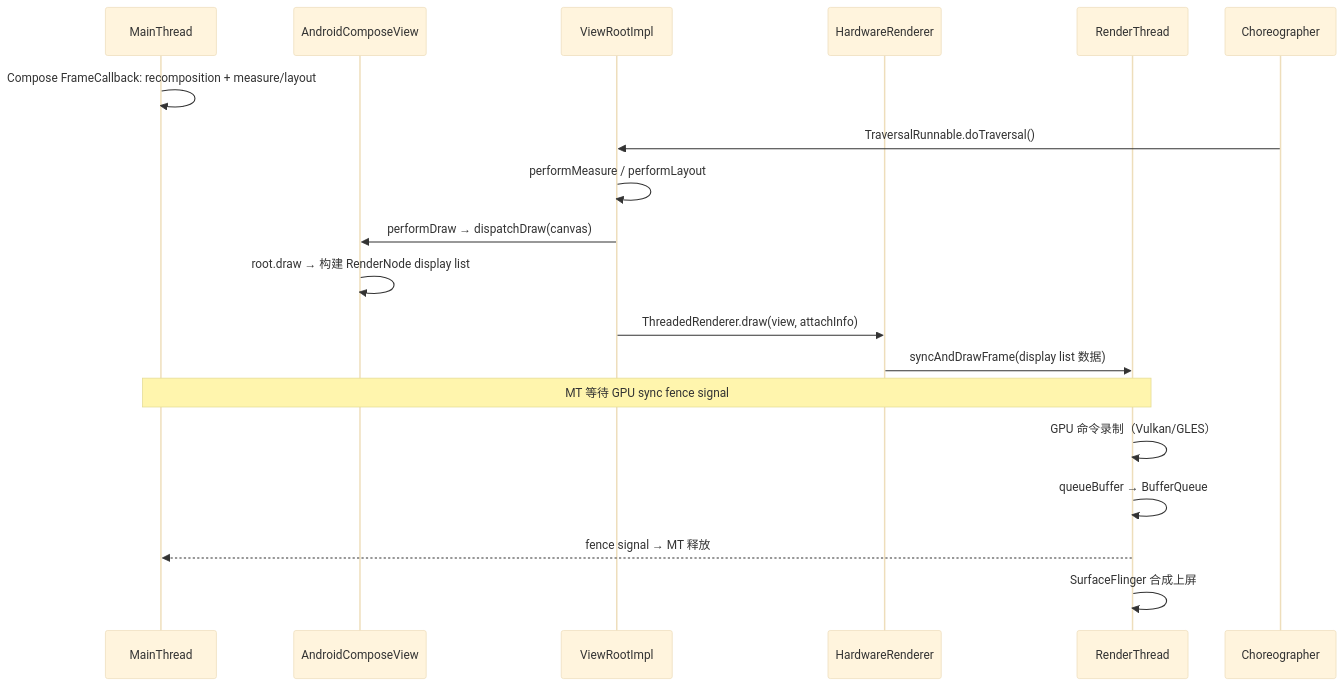
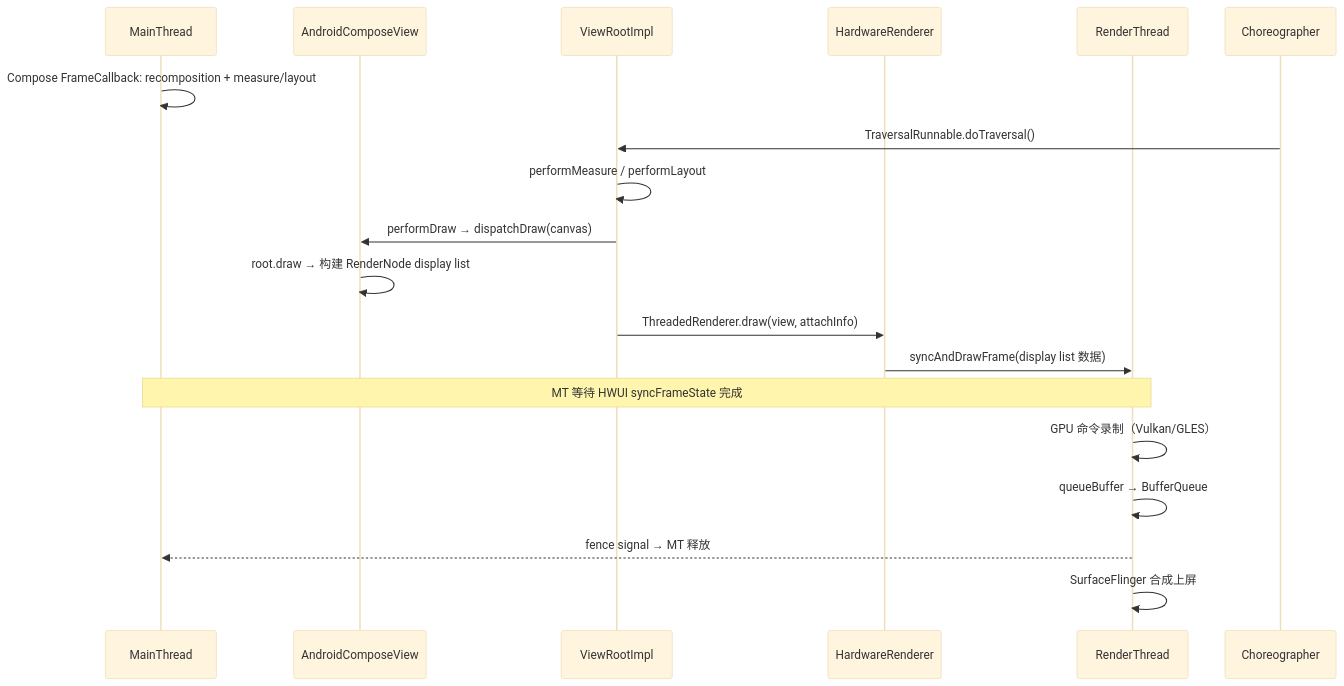
One commit to Gracker/android-internals-wiki changed the fourth of 4 diagrams in src/part2-performance/ch18-rendering-pipelines/25-compose-rendering-pipeline.md. Above: the diagram before and after it, drawn with Mermaid (base theme). The commit also changed other lines of this file and 1 other file, not shown here.

Commit message:
[openclaw] rework-lite: 18.25 Compose 渲染管线 — LayoutNode/MeasurePolicy API 修正 + syncAndDrawFrame fence 语义修正

````diff
--- a/src/part2-performance/ch18-rendering-pipelines/25-compose-rendering-pipeline.md
+++ b/src/part2-performance/ch18-rendering-pipelines/25-compose-rendering-pipeline.md
@@ -458,21 +461,21 @@
 ```mermaid
 sequenceDiagram
     participant MT as MainThread
     participant ACP as AndroidComposeView
     participant VRI as ViewRootImpl
     participant HR as HardwareRenderer
     participant RT as RenderThread
     
     MT->>MT: Compose FrameCallback: recomposition + measure/layout
     Choreographer->>VRI: TraversalRunnable.doTraversal()
     VRI->>VRI: performMeasure / performLayout
     VRI->>ACP: performDraw → dispatchDraw(canvas)
     ACP->>ACP: root.draw → 构建 RenderNode display list
     VRI->>HR: ThreadedRenderer.draw(view, attachInfo)
     HR->>RT: syncAndDrawFrame(display list 数据)
-    Note over MT,RT: MT 等待 GPU sync fence signal
+    Note over MT,RT: MT 等待 HWUI syncFrameState 完成
     RT->>RT: GPU 命令录制（Vulkan/GLES）
     RT->>RT: queueBuffer → BufferQueue
     RT-->>MT: fence signal → MT 释放
     RT->>RT: SurfaceFlinger 合成上屏
 ```
````
